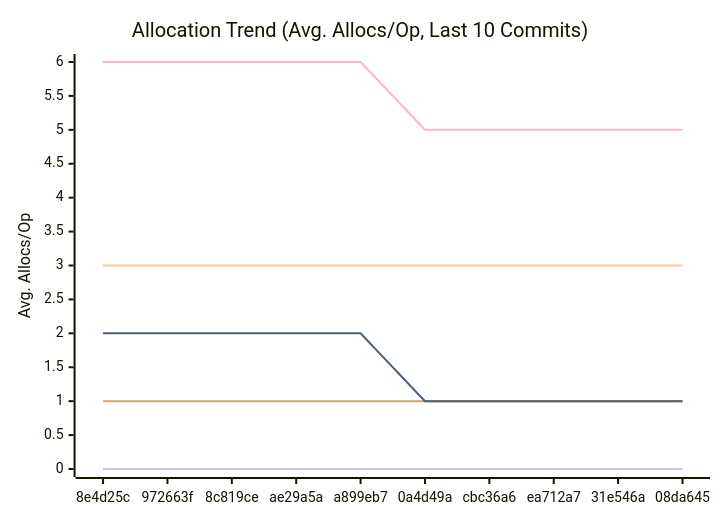
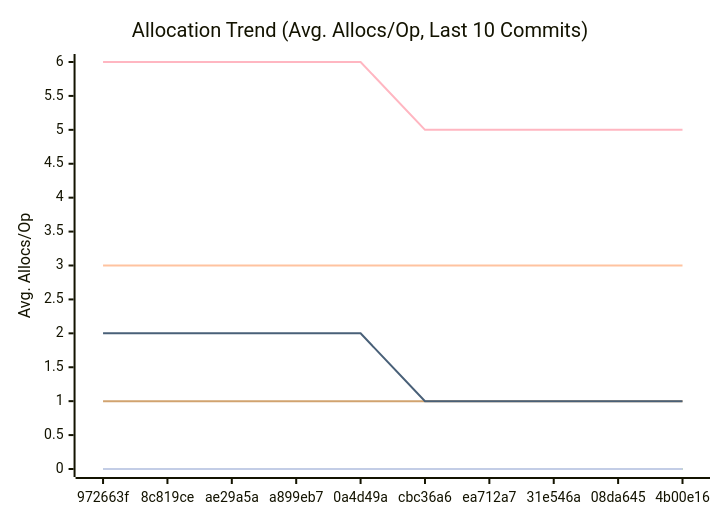
Before and after one commit to alsotoes/momo: the third of 3 diagrams in docs/PERFORMANCE.md, drawn with Mermaid. The commit also changed other lines of this file and 5 other files, not shown here.

````diff
--- a/docs/PERFORMANCE.md
+++ b/docs/PERFORMANCE.md
@@ -115,16 +114,16 @@
 ```mermaid
 xychart-beta
     title "Allocation Trend (Avg. Allocs/Op, Last 10 Commits)"
     x-axis "Commit"
     y-axis "Avg. Allocs/Op"
-    x-axis [8e4d25c,972663f,8c819ce,ae29a5a,a899eb7,0a4d49a,cbc36a6,ea712a7,31e546a,08da645]
+    x-axis [972663f,8c819ce,ae29a5a,a899eb7,0a4d49a,cbc36a6,ea712a7,31e546a,08da645,4b00e16]
     line "CheckMetricsAndSwap" [0,0,0,0,0,0,0,0,0,0]
     line "CrushOptimized" [0,0,0,0,0,0,0,0,0,0]
     line "CrushOriginal" [3,3,3,3,3,3,3,3,3,3]
     line "IndexDirectTracking" [0,0,0,0,0,0,0,0,0,0]
     line "IndexSearch" [0,0,0,0,0,0,0,0,0,0]
     line "LoadGlobalConfig" [1,1,1,1,1,1,1,1,1,1]
     line "PadString" [0,0,0,0,0,0,0,0,0,0]
     line "ParseReplicationOrder_NoPrealloc" [6,6,6,6,6,5,5,5,5,5]
     line "ParseReplicationOrder_Prealloc" [2,2,2,2,2,1,1,1,1,1]
 ```
````
